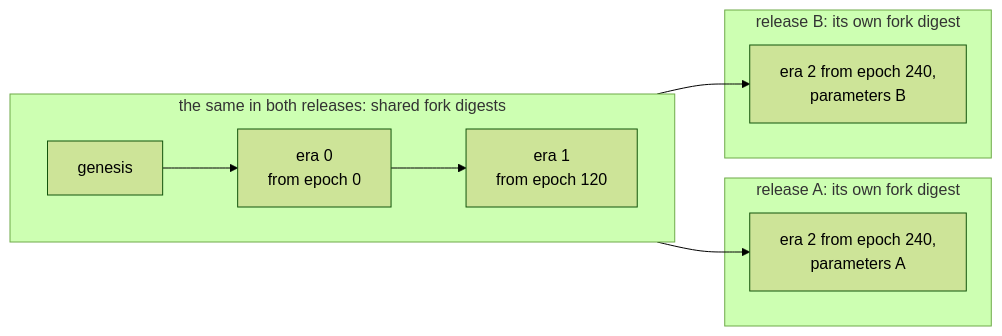
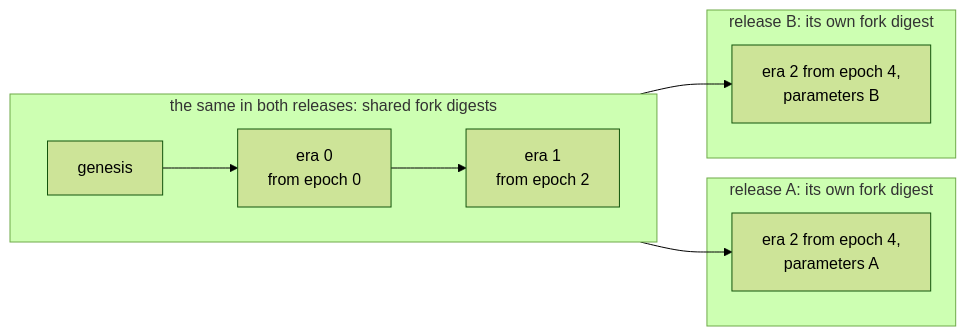
The third of 4 diagrams in docs/blockchain/raw/bedrock-eras.md (logos-co/logos-lips), drawn with Mermaid (forest theme) before and after one commit. The commit also changed other lines of this file, not shown here.

Commit message:
docs(blockchain): put the era timeline on a slot axis with an epoch lane

````diff
--- a/docs/blockchain/raw/bedrock-eras.md
+++ b/docs/blockchain/raw/bedrock-eras.md
@@ -81,15 +87,15 @@
 ```mermaid
 flowchart LR
     subgraph both["the same in both releases: shared fork digests"]
         direction LR
-        g["genesis"] --> e0["era 0<br/>from epoch 0"] --> e1["era 1<br/>from epoch 120"]
+        g["genesis"] --> e0["era 0<br/>from epoch 0"] --> e1["era 1<br/>from epoch 2"]
     end
     subgraph A["release A: its own fork digest"]
-        a2["era 2 from epoch 240,<br/>parameters A"]
+        a2["era 2 from epoch 4,<br/>parameters A"]
     end
     subgraph B["release B: its own fork digest"]
-        b2["era 2 from epoch 240,<br/>parameters B"]
+        b2["era 2 from epoch 4,<br/>parameters B"]
     end
     e1 --> a2
     e1 --> b2
 ```
````
